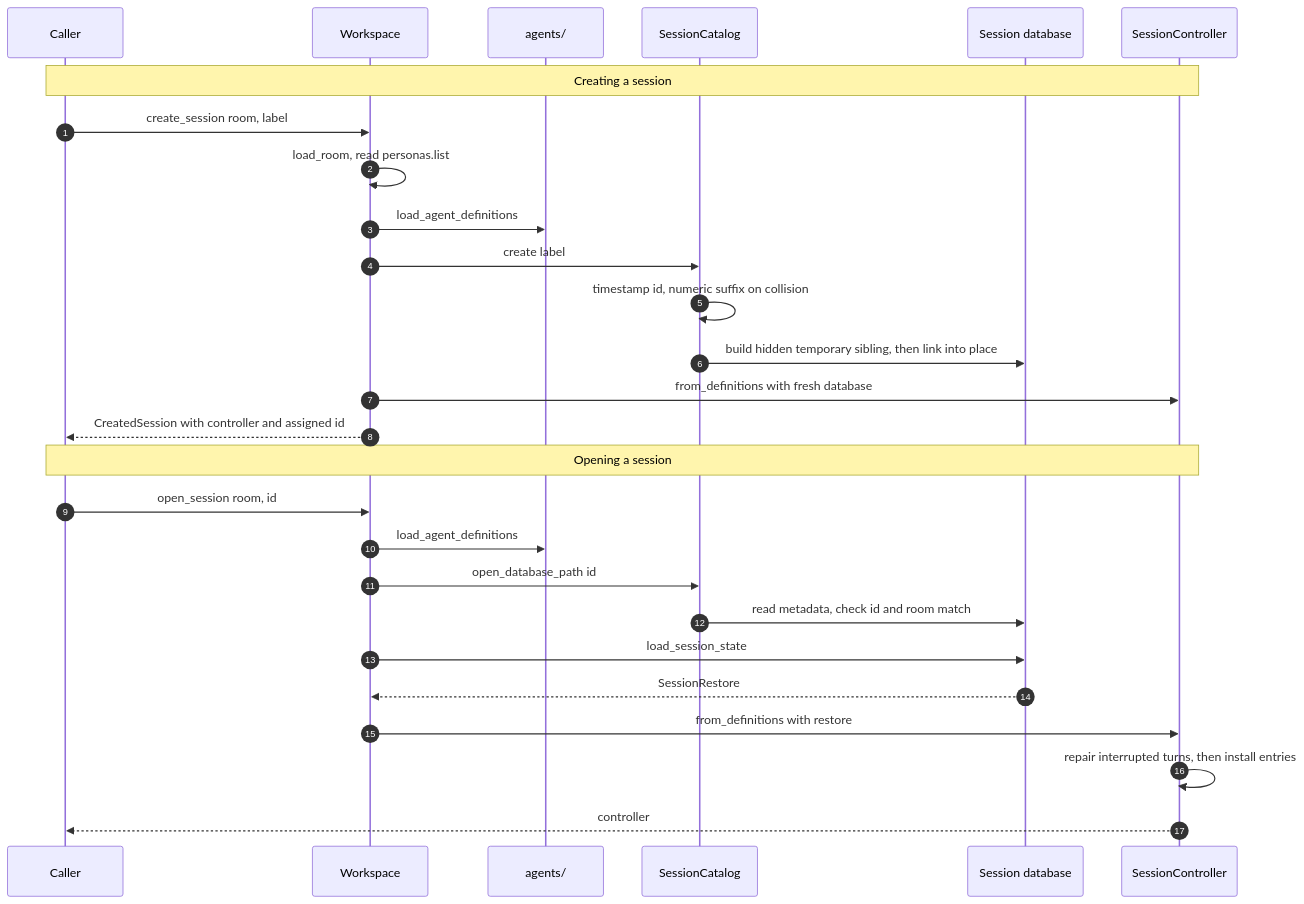
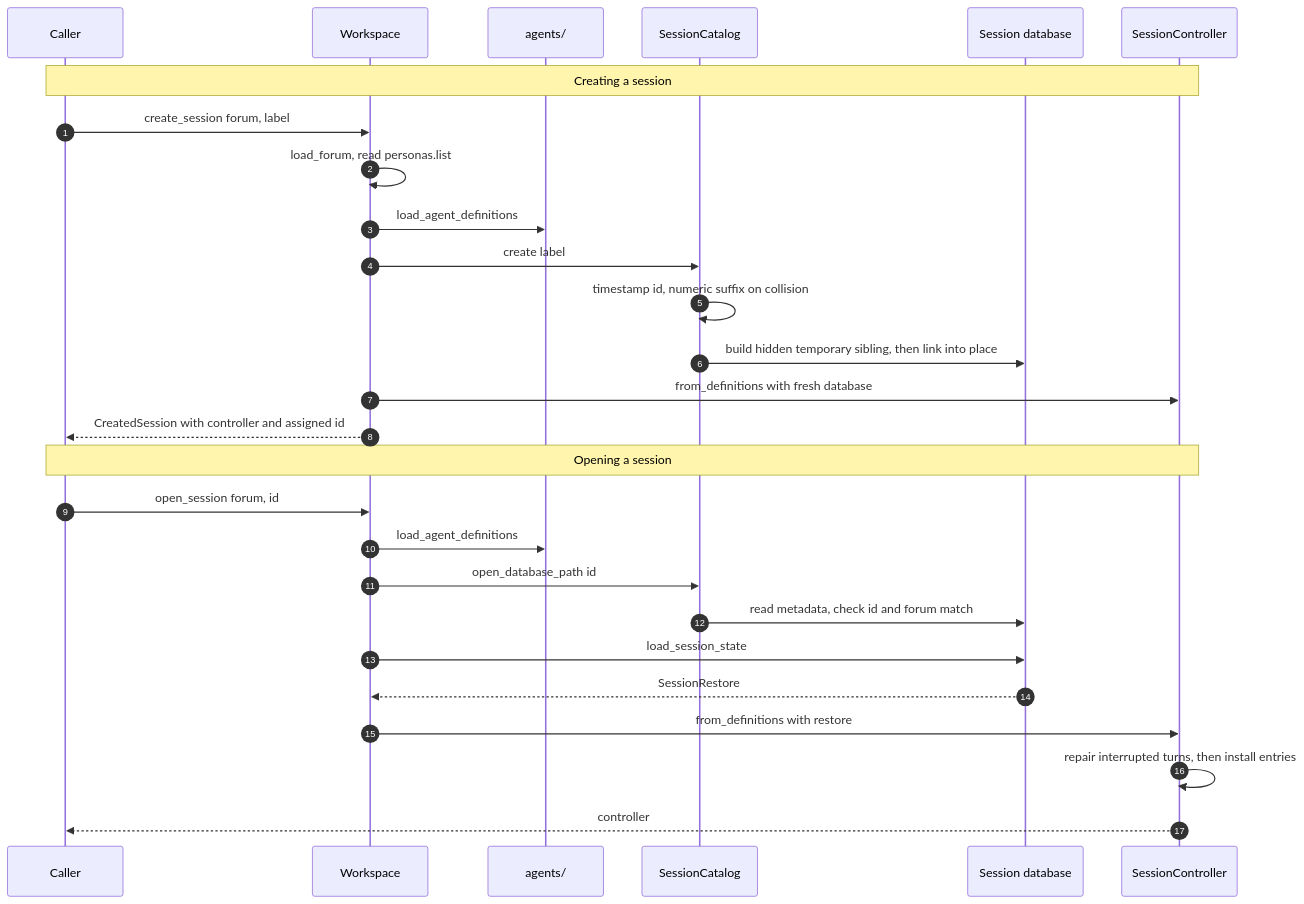
Before and after one commit to michaelpopov/cha: the second of 4 diagrams in src/session/README.md, drawn with Mermaid. The commit also changed other lines of this file and 59 other files, not shown here.

Commit message:
Rename room to forum

````diff
--- a/src/session/README.md
+++ b/src/session/README.md
@@ -66,31 +66,31 @@
 ```mermaid
 sequenceDiagram
     autonumber
     participant UI as Caller
     participant WS as Workspace
     participant AG as agents/
     participant SC as SessionCatalog
     participant DB as Session database
     participant CC as SessionController
 
     Note over UI,CC: Creating a session
-    UI->>WS: create_session room, label
-    WS->>WS: load_room, read personas.list
+    UI->>WS: create_session forum, label
+    WS->>WS: load_forum, read personas.list
     WS->>AG: load_agent_definitions
     WS->>SC: create label
     SC->>SC: timestamp id, numeric suffix on collision
     SC->>DB: build hidden temporary sibling, then link into place
     WS->>CC: from_definitions with fresh database
     WS-->>UI: CreatedSession with controller and assigned id
 
     Note over UI,CC: Opening a session
-    UI->>WS: open_session room, id
+    UI->>WS: open_session forum, id
     WS->>AG: load_agent_definitions
     WS->>SC: open_database_path id
-    SC->>DB: read metadata, check id and room match
+    SC->>DB: read metadata, check id and forum match
     WS->>DB: load_session_state
     DB-->>WS: SessionRestore
     WS->>CC: from_definitions with restore
     CC->>CC: repair interrupted turns, then install entries
     CC-->>UI: controller
 ```
````
